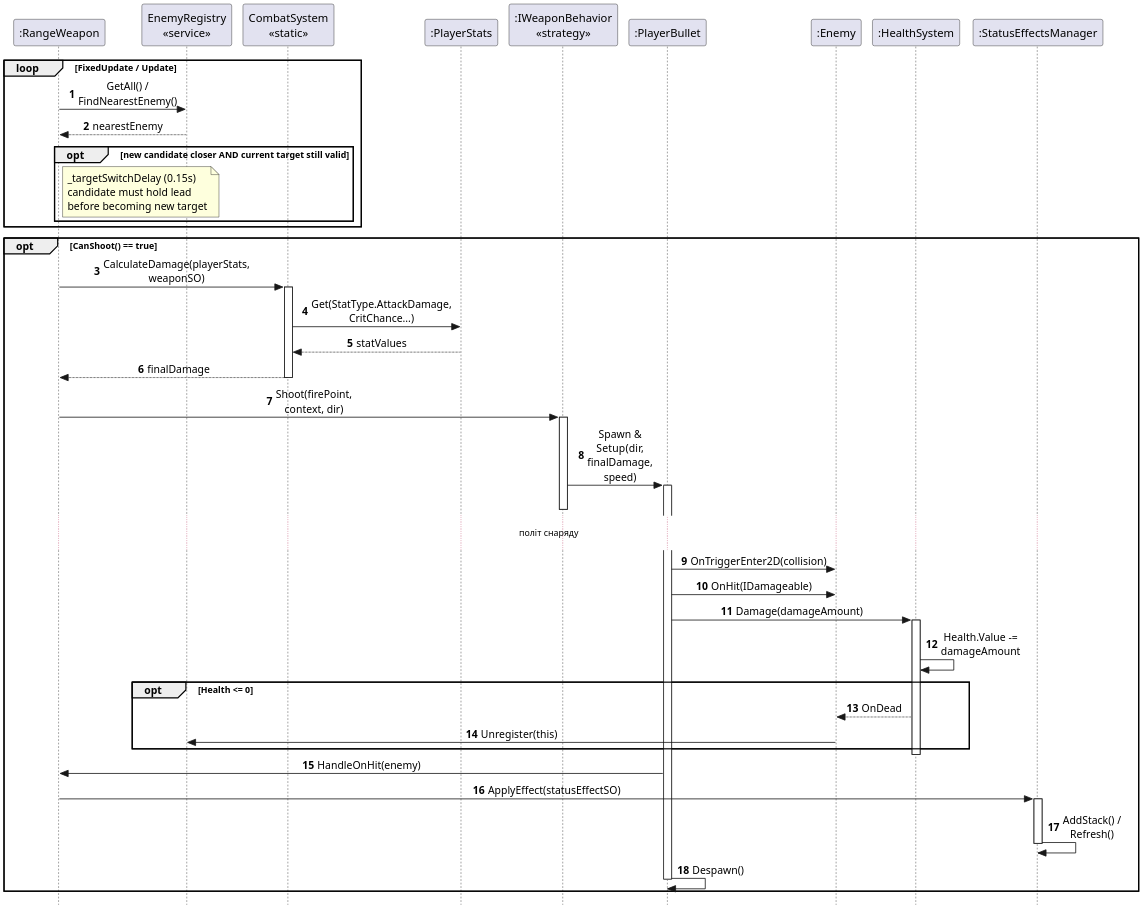
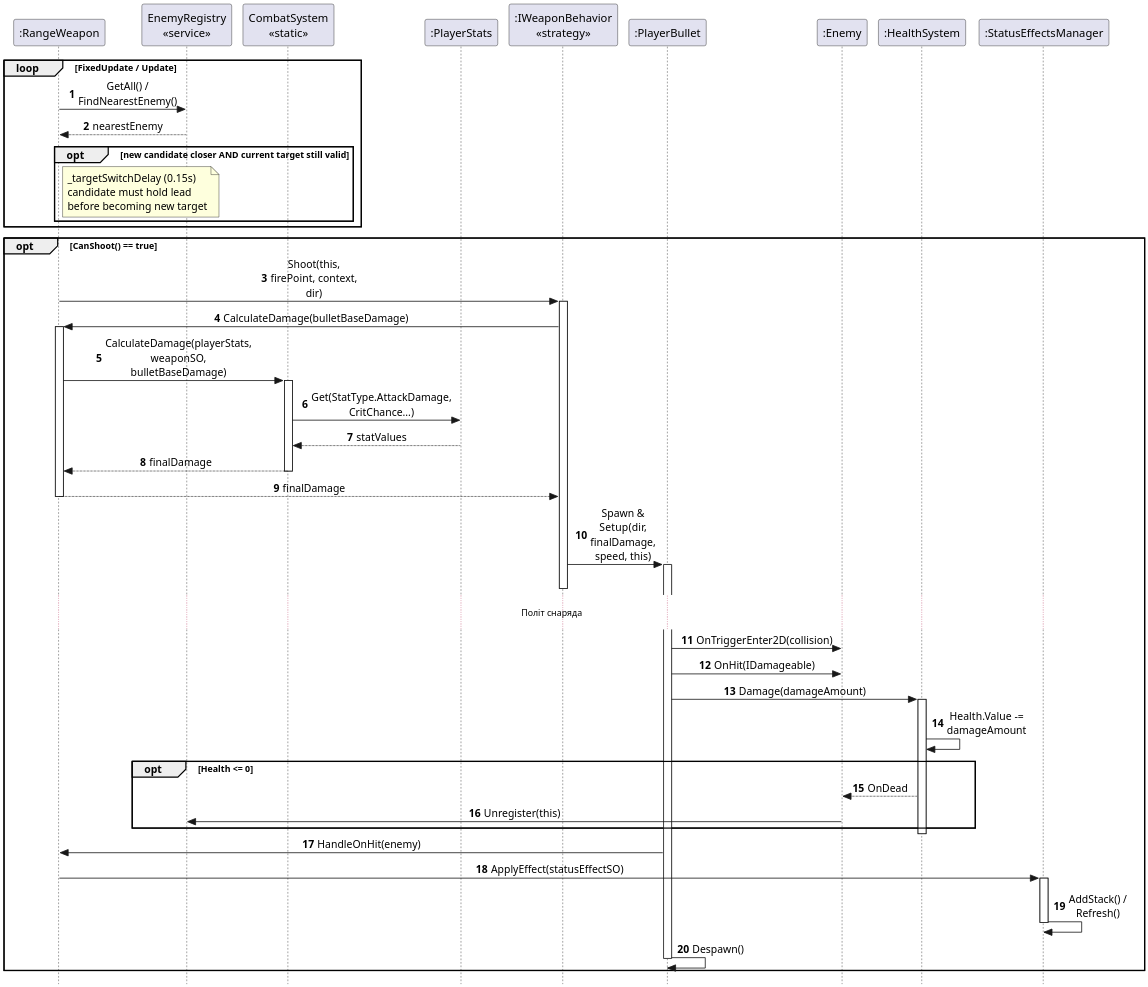
Before and after one commit to Rot1k/Undead_Harvest: the diagram in Diagrams/Sequence_UseCase/seq_3_combat.puml, drawn with PlantUML. The commit also changed 138 other files, not shown here.

```diff
--- a/Diagrams/Sequence_UseCase/seq_3_combat.puml
+++ b/Diagrams/Sequence_UseCase/seq_3_combat.puml
@@ -1,63 +1,68 @@
 @startuml
 skinparam dpi 220
 skinparam maxMessageSize 110
 skinparam ParticipantPadding 2
 autonumber
 skinparam style strictuml
 skinparam sequenceMessageAlign center
 
 participant ":RangeWeapon" as Weapon
 participant "EnemyRegistry\n<<service>>" as Registry
 participant "CombatSystem\n<<static>>" as Combat
 participant ":PlayerStats" as Stats
 participant ":IWeaponBehavior\n<<strategy>>" as Behavior
 participant ":PlayerBullet" as Bullet
 participant ":Enemy" as Enemy
 participant ":HealthSystem" as Health
 participant ":StatusEffectsManager" as StatusMgr
 
 loop FixedUpdate / Update
     Weapon -> Registry : GetAll() / FindNearestEnemy()
     Registry --> Weapon : nearestEnemy
     opt new candidate closer AND current target still valid
         note right of Weapon : _targetSwitchDelay (0.15s)\ncandidate must hold lead\nbefore becoming new target
     end
 end
 
 opt CanShoot() == true
-    Weapon -> Combat : CalculateDamage(playerStats, weaponSO)
+    Weapon -> Behavior : Shoot(this, firePoint, context, dir)
+    activate Behavior
+    
+    Behavior -> Weapon : CalculateDamage(bulletBaseDamage)
+    activate Weapon
+    Weapon -> Combat : CalculateDamage(playerStats, weaponSO, bulletBaseDamage)
     activate Combat
     Combat -> Stats : Get(StatType.AttackDamage, CritChance...)
     Stats --> Combat : statValues
     Combat --> Weapon : finalDamage
     deactivate Combat
+    Weapon --> Behavior : finalDamage
+    deactivate Weapon
 
-    Weapon -> Behavior : Shoot(firePoint, context, dir)
-    activate Behavior
-    Behavior -> Bullet : Spawn & Setup(dir, finalDamage, speed)
+    Behavior -> Bullet : Spawn & Setup(dir, finalDamage, speed, this)
     activate Bullet
     deactivate Behavior
 
-    ...політ снаряду...
+    ...Політ снаряда...
     Bullet -> Enemy : OnTriggerEnter2D(collision)
     Bullet -> Enemy : OnHit(IDamageable)
 
     Bullet -> Health : Damage(damageAmount)
     activate Health
     Health -> Health : Health.Value -= damageAmount
     opt Health <= 0
         Health --> Enemy : OnDead
         Enemy -> Registry : Unregister(this)
     end
     deactivate Health
 
     Bullet -> Weapon : HandleOnHit(enemy)
     Weapon -> StatusMgr : ApplyEffect(statusEffectSO)
     activate StatusMgr
     StatusMgr -> StatusMgr : AddStack() / Refresh()
     deactivate StatusMgr
 
     Bullet -> Bullet : Despawn()
     deactivate Bullet
 end
 @enduml
```
